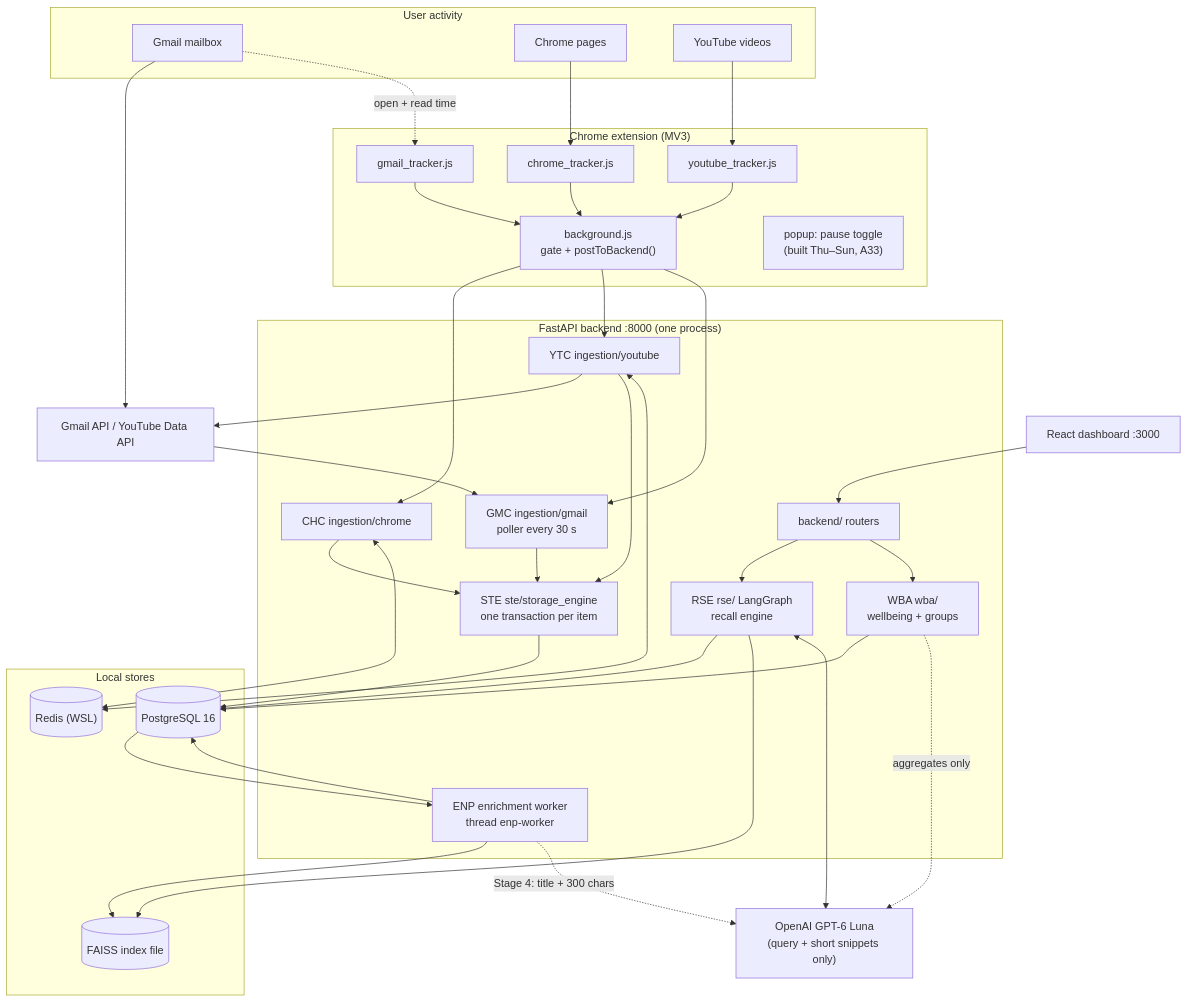
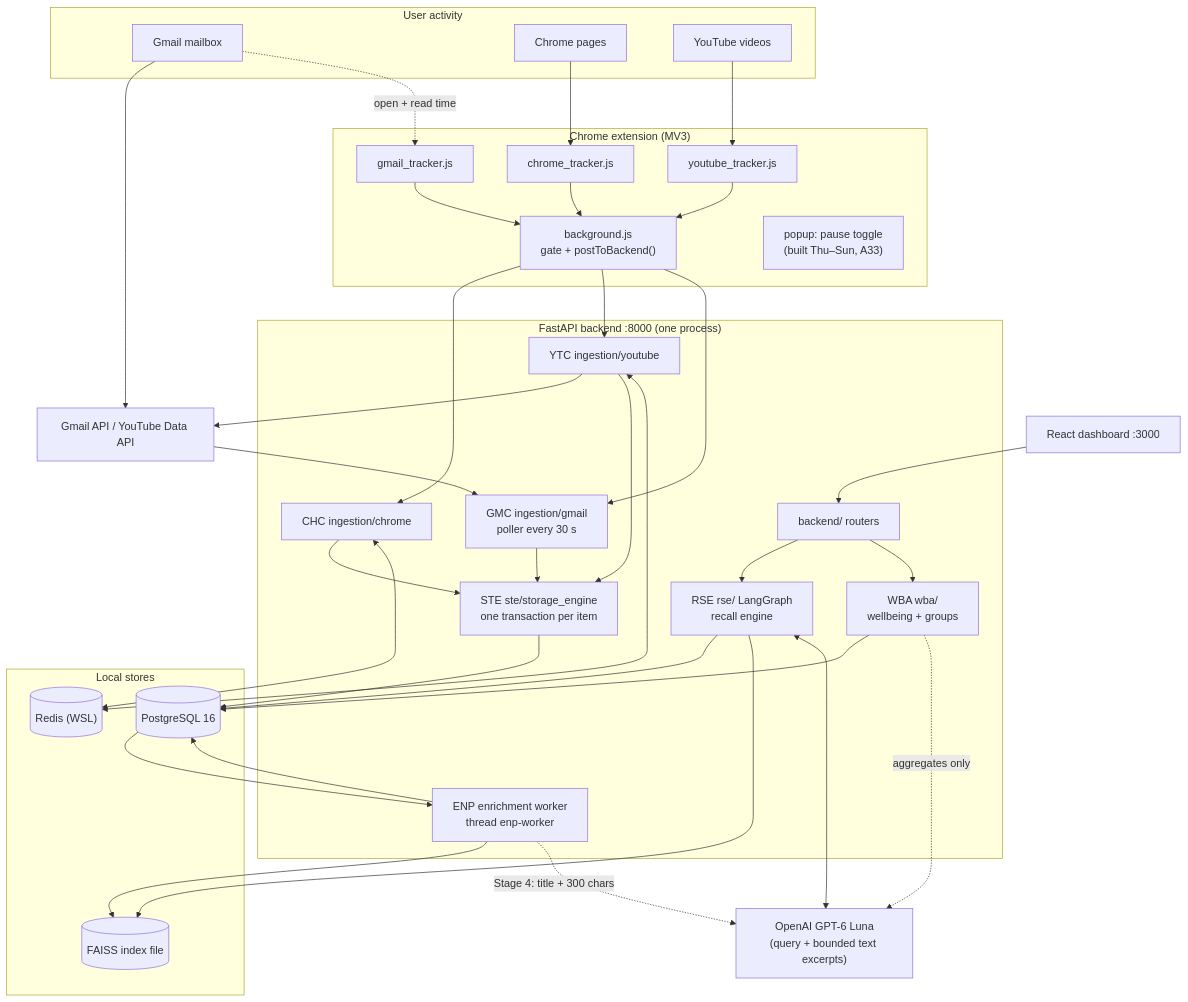
The first of 6 diagrams in docs/Timeless_docs/Echo_System_Design.md (Shehzaad-khan/Efficient-Contextualized-History-Orchestrator-E.C.H.O), drawn with Mermaid before and after one commit. The commit also changed other lines of this file and 8 other files, not shown here.

First line of the commit message:
A23 + A24: send leading text with bigger fixed caps instead of query-matched passages

````diff
--- a/docs/Timeless_docs/Echo_System_Design.md
+++ b/docs/Timeless_docs/Echo_System_Design.md
@@ -118,59 +119,59 @@
 ```mermaid
 flowchart TB
     subgraph Sources["User activity"]
         GM["Gmail mailbox"]
         CH["Chrome pages"]
         YT["YouTube videos"]
     end
     subgraph Ext["Chrome extension (MV3)"]
         BG["background.js<br/>gate + postToBackend()"]
         CT["chrome_tracker.js"]
         GT["gmail_tracker.js"]
         YTT["youtube_tracker.js"]
         PP["popup: pause toggle<br/>(built Thu–Sun, A33)"]
     end
     subgraph Backend["FastAPI backend :8000 (one process)"]
         GMC["GMC ingestion/gmail<br/>poller every 30 s"]
         CHC["CHC ingestion/chrome"]
         YTC["YTC ingestion/youtube"]
         STE["STE ste/storage_engine<br/>one transaction per item"]
         ENP["ENP enrichment worker<br/>thread enp-worker"]
         RSE["RSE rse/ LangGraph<br/>recall engine"]
         WBA["WBA wba/<br/>wellbeing + groups"]
         API["backend/ routers"]
     end
     subgraph Stores["Local stores"]
         PG[("PostgreSQL 16")]
         FA[("FAISS index file")]
         RD[("Redis (WSL)")]
     end
-    LLM["OpenAI GPT-6 Luna<br/>(query + short snippets only)"]
+    LLM["OpenAI GPT-6 Luna<br/>(query + bounded text excerpts)"]
     GAPI["Gmail API / YouTube Data API"]
     UI["React dashboard :3000"]
 
     GM --> GAPI --> GMC
     CH --> CT --> BG
     GM -. "open + read time" .-> GT --> BG
     YT --> YTT --> BG
     BG --> CHC
     BG --> YTC
     BG --> GMC
     YTC --> GAPI
     GMC --> STE
     CHC --> STE
     YTC --> STE
     CHC <--> RD
     YTC <--> RD
     STE --> PG
     PG --> ENP
     ENP --> FA
     ENP --> PG
     ENP -. "Stage 4: title + 300 chars" .-> LLM
     UI --> API --> RSE
     API --> WBA
     RSE --> PG
     RSE --> FA
     RSE <--> LLM
     WBA --> PG
     WBA -. "aggregates only" .-> LLM
 ```
````
